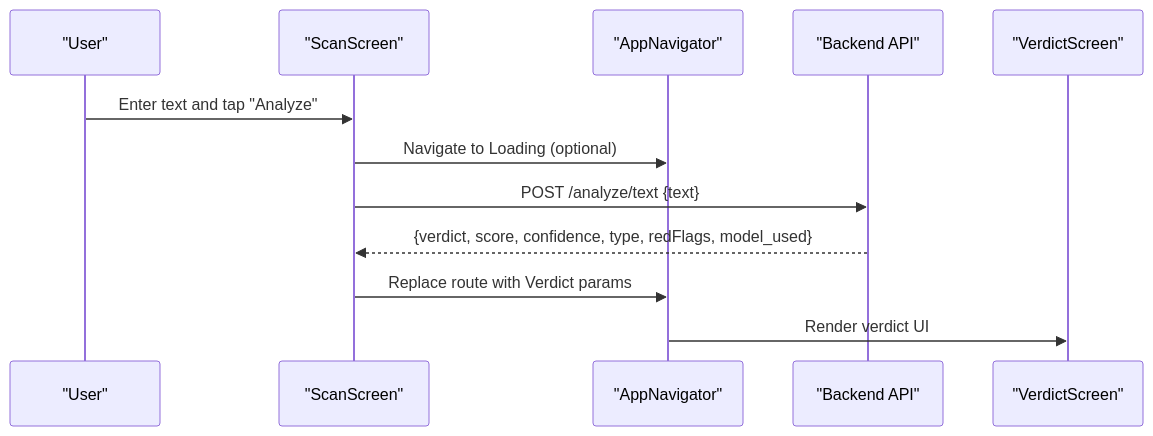
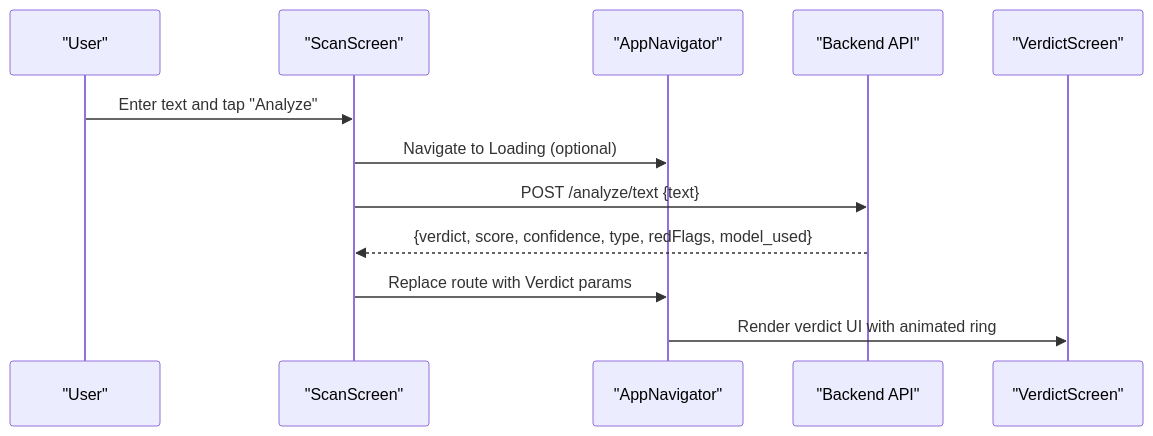
The fourth of 6 diagrams in .qoder/repowiki/en/content/Core Features/AI Analysis Engine.md (cyberNoman/Safe-Pakistan), drawn with Mermaid before and after one commit. The commit also changed other lines of this file and 52 other files, not shown here.

````diff
--- a/.qoder/repowiki/en/content/Core Features/AI Analysis Engine.md
+++ b/.qoder/repowiki/en/content/Core Features/AI Analysis Engine.md
@@ -212,14 +254,14 @@
 ```mermaid
 sequenceDiagram
 participant User as "User"
 participant Scan as "ScanScreen"
 participant Nav as "AppNavigator"
 participant API as "Backend API"
 participant Verdict as "VerdictScreen"
 User->>Scan : Enter text and tap "Analyze"
 Scan->>Nav : Navigate to Loading (optional)
 Scan->>API : POST /analyze/text {text}
 API-->>Scan : {verdict, score, confidence, type, redFlags, model_used}
 Scan->>Nav : Replace route with Verdict params
-Nav->>Verdict : Render verdict UI
+Nav->>Verdict : Render verdict UI with animated ring
 ```
````
